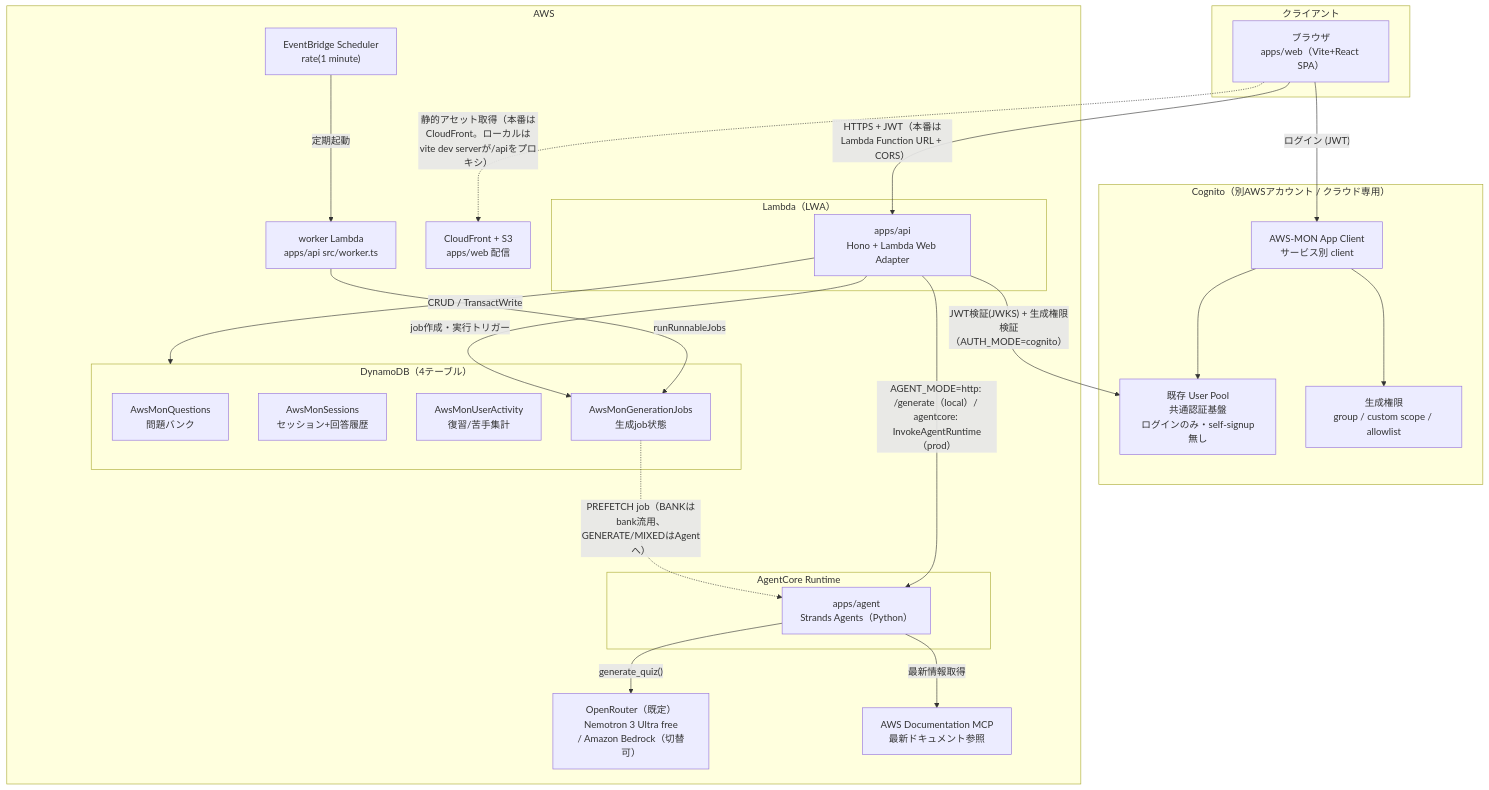
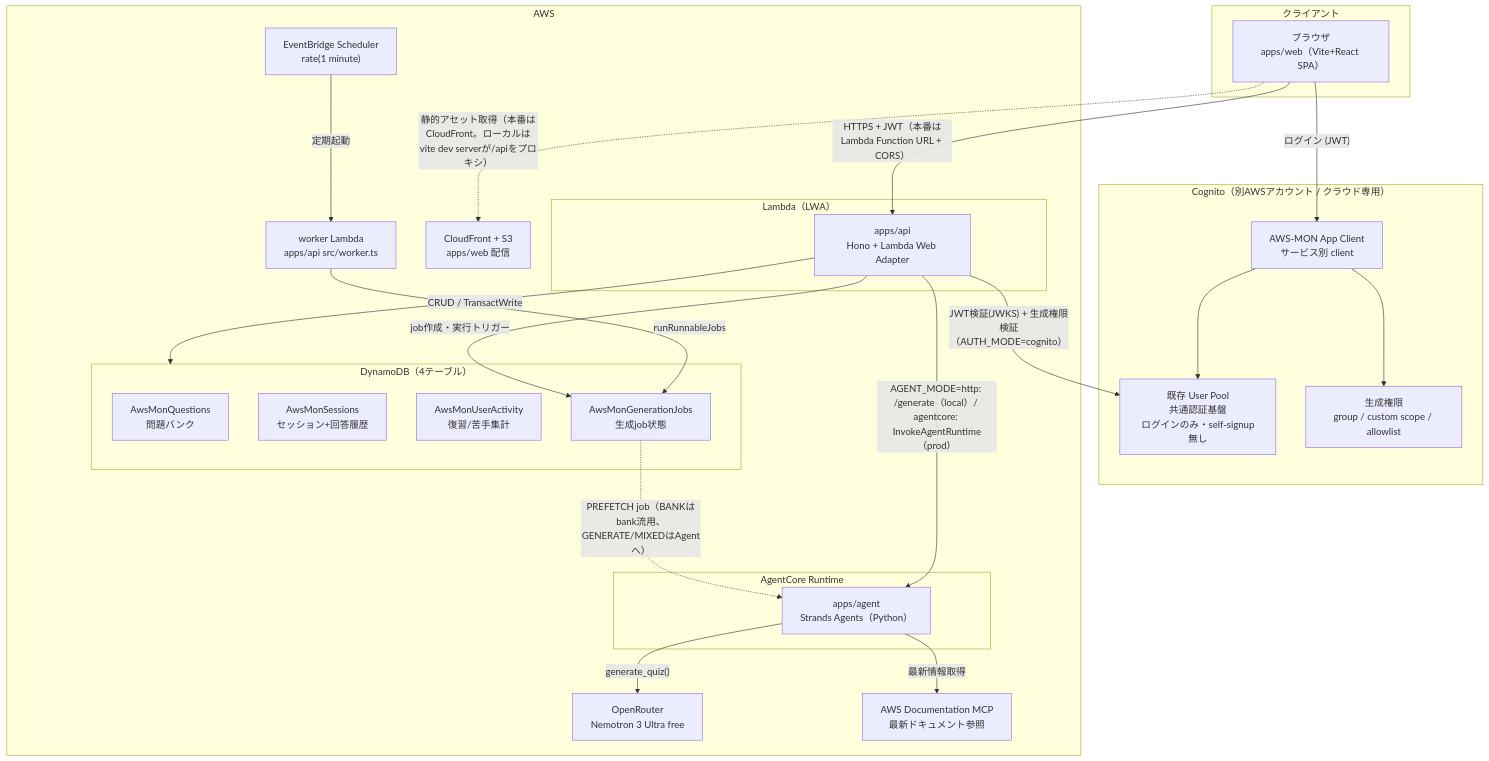
Before and after one commit to yuyumama/AWS-MON: the first of 4 diagrams in docs/architecture.md, drawn with Mermaid. The commit also changed other lines of this file and 13 other files, not shown here.

First line of the commit message:
feat: 生成モデルの推論を OpenRouter に一本化し Bedrock 推論経路を撤去する (#63)

````diff
--- a/docs/architecture.md
+++ b/docs/architecture.md
@@ -9,54 +9,54 @@
 ```mermaid
 flowchart TB
     subgraph Client["クライアント"]
         Browser["ブラウザ<br/>apps/web（Vite+React SPA）"]
     end
 
     subgraph Cognito["Cognito（別AWSアカウント / クラウド専用）"]
         UserPool["既存 User Pool<br/>共通認証基盤<br/>ログインのみ・self-signup無し"]
         AppClient["AWS-MON App Client<br/>サービス別 client"]
         Scopes["生成権限<br/>group / custom scope / allowlist"]
     end
 
     subgraph AWS["AWS"]
         subgraph LambdaAPI["Lambda（LWA）"]
             API["apps/api<br/>Hono + Lambda Web Adapter"]
         end
 
         subgraph AgentCoreRuntime["AgentCore Runtime"]
             Agent["apps/agent<br/>Strands Agents（Python）"]
         end
 
-        LLM["OpenRouter（既定）<br/>Nemotron 3 Ultra free<br/>/ Amazon Bedrock（切替可）"]
+        LLM["OpenRouter<br/>Nemotron 3 Ultra free"]
         MCP["AWS Documentation MCP<br/>最新ドキュメント参照"]
 
         subgraph DDB["DynamoDB（4テーブル）"]
             TQuestions["AwsMonQuestions<br/>問題バンク"]
             TSessions["AwsMonSessions<br/>セッション+回答履歴"]
             TActivity["AwsMonUserActivity<br/>復習/苦手集計"]
             TJobs["AwsMonGenerationJobs<br/>生成job状態"]
         end
 
         CFS3["CloudFront + S3<br/>apps/web 配信"]
         Scheduler["EventBridge Scheduler<br/>rate(1 minute)"]
         Worker["worker Lambda<br/>apps/api src/worker.ts"]
     end
 
     Browser -- "ログイン (JWT)" --> AppClient
     AppClient --> UserPool
     AppClient --> Scopes
     Browser -- "HTTPS + JWT（本番はLambda Function URL + CORS）" --> API
     Browser -. "静的アセット取得（本番はCloudFront。ローカルはvite dev serverが/apiをプロキシ）" .-> CFS3
     Scheduler -- "定期起動" --> Worker
     Worker -- "runRunnableJobs" --> TJobs
 
     API -- "JWT検証(JWKS) + 生成権限検証（AUTH_MODE=cognito）" --> UserPool
     API -- "CRUD / TransactWrite" --> DDB
     API -- "job作成・実行トリガー" --> TJobs
 
     Agent -- "generate_quiz()" --> LLM
     Agent -- "最新情報取得" --> MCP
     API -- "AGENT_MODE=http: /generate（local）/ agentcore: InvokeAgentRuntime（prod）" --> Agent
 
     TJobs -. "PREFETCH job（BANKはbank流用、GENERATE/MIXEDはAgentへ）" .-> Agent
 ```
````
